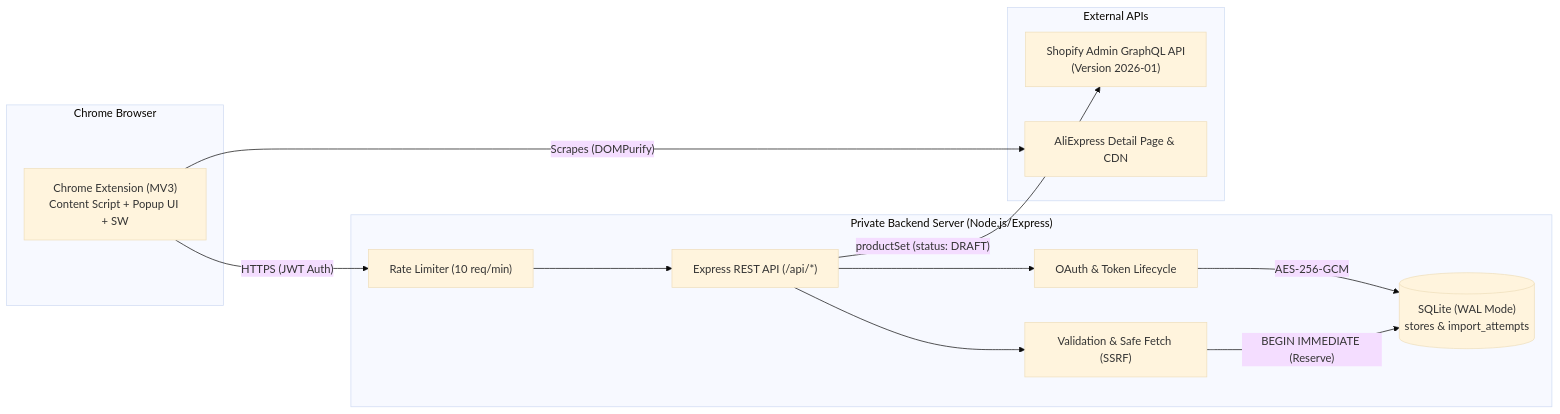
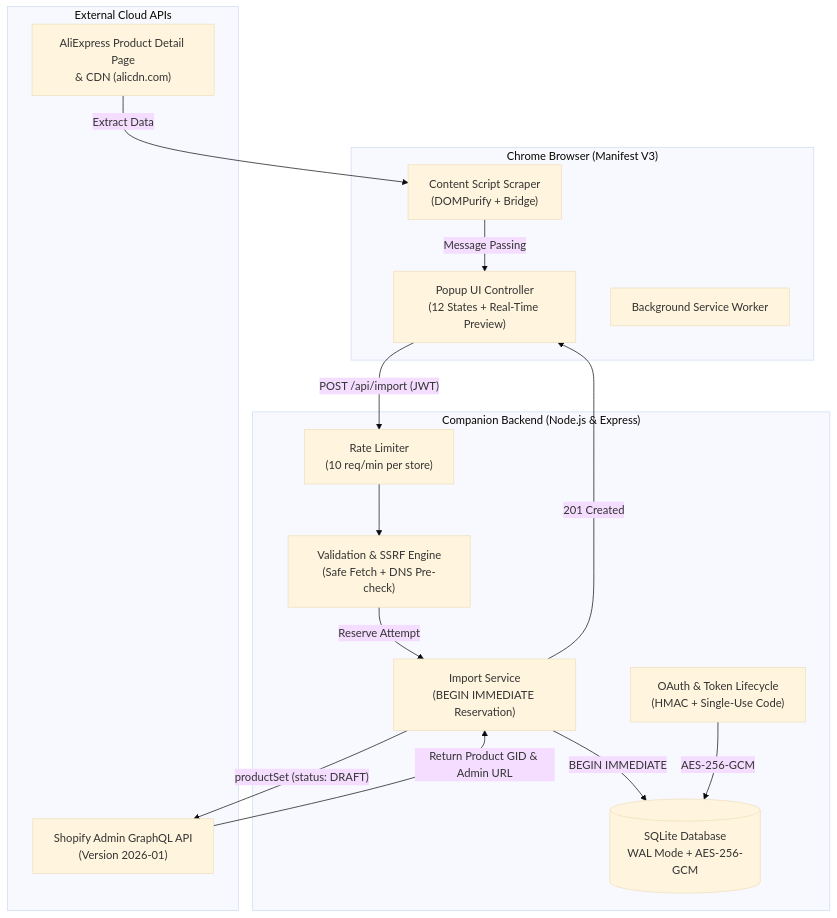
The diagram in README.md (nizamuddin3080/Aliexpress-oneclick-import), drawn with Mermaid (base theme) before and after one commit. The commit also changed other lines of this file and 1 other file, not shown here.

Commit message:
docs: enrich README with architecture diagrams, quickstart guide, security protections, and MIT license

````diff
--- a/README.md
+++ b/README.md
@@ -29,28 +57,32 @@
 ```mermaid
-flowchart LR
-    subgraph Browser["Chrome Browser"]
-        EXT["Chrome Extension (MV3)<br/>Content Script + Popup UI + SW"]
+flowchart TB
+    subgraph Browser["Chrome Browser (Manifest V3)"]
+        CS["Content Script Scraper<br/>(DOMPurify + Bridge)"]
+        POP["Popup UI Controller<br/>(12 States + Real-Time Preview)"]
+        SW["Background Service Worker"]
     end
 
-    subgraph Backend["Private Backend Server (Node.js/Express)"]
-        API["Express REST API (/api/*)"]
-        AUTH["OAuth & Token Lifecycle"]
-        VAL["Validation & Safe Fetch (SSRF)"]
-        RATE["Rate Limiter (10 req/min)"]
-        DB[("SQLite (WAL Mode)<br/>stores & import_attempts")]
+    subgraph Server["Companion Backend (Node.js & Express)"]
+        AUTH["OAuth & Token Lifecycle<br/>(HMAC + Single-Use Code)"]
+        VAL["Validation & SSRF Engine<br/>(Safe Fetch + DNS Pre-check)"]
+        RATE["Rate Limiter<br/>(10 req/min per store)"]
+        IMPS["Import Service<br/>(BEGIN IMMEDIATE Reservation)"]
+        DB[("SQLite Database<br/>WAL Mode + AES-256-GCM")]
     end
 
-    subgraph External["External APIs"]
+    subgraph External["External Cloud APIs"]
+        ALI["AliExpress Product Detail Page<br/>& CDN (alicdn.com)"]
         SHOP["Shopify Admin GraphQL API<br/>(Version 2026-01)"]
-        ALI["AliExpress Detail Page & CDN"]
     end
 
-    EXT -->|"Scrapes (DOMPurify)"| ALI
-    EXT -->|"HTTPS (JWT Auth)"| RATE
-    RATE --> API
-    API --> VAL
-    API --> AUTH
+    ALI -->|"Extract Data"| CS
+    CS -->|"Message Passing"| POP
+    POP -->|"POST /api/import (JWT)"| RATE
+    RATE --> VAL
+    VAL -->|"Reserve Attempt"| IMPS
+    IMPS -->|"BEGIN IMMEDIATE"| DB
     AUTH -->|"AES-256-GCM"| DB
-    VAL -->|"BEGIN IMMEDIATE (Reserve)"| DB
-    API -->|"productSet (status: DRAFT)"| SHOP
+    IMPS -->|"productSet (status: DRAFT)"| SHOP
+    SHOP -->|"Return Product GID & Admin URL"| IMPS
+    IMPS -->|"201 Created"| POP
 ```
````
